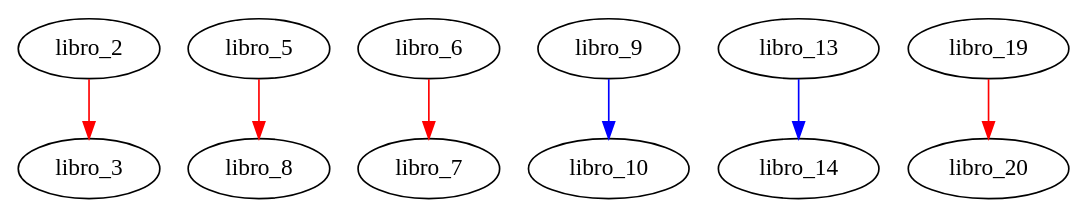
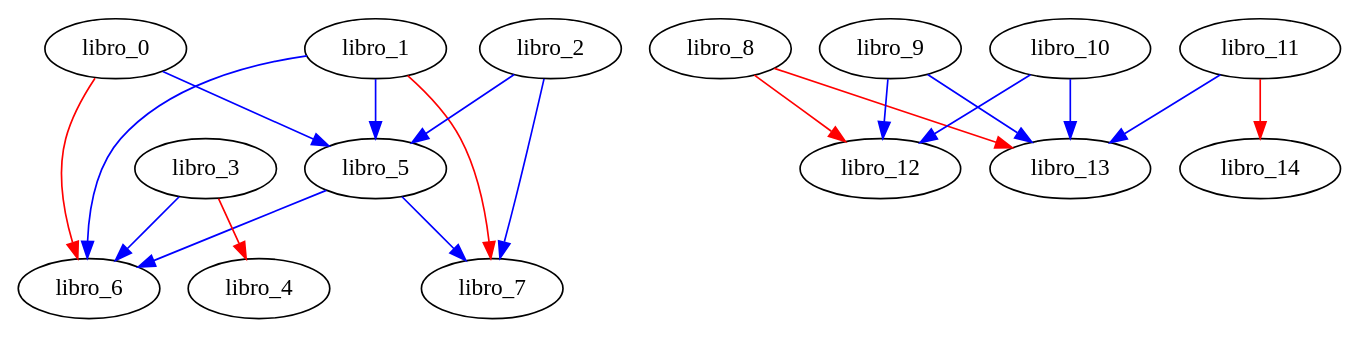
The diagram in src/Generador/graph.dot (3LVcT50r/IA-FIB-Practica3-23-24-Q1), drawn with Graphviz before and after one commit. The commit also changed 8 other files, not shown here.

```diff
--- a/src/Generador/graph.dot
+++ b/src/Generador/graph.dot
@@ -1,8 +1,21 @@
 digraph {
-  libro_2 -> libro_3 [color="red"];
-  libro_5 -> libro_8 [color="red"];
-  libro_6 -> libro_7 [color="red"];
-  libro_9 -> libro_10 [color="blue"];
-  libro_13 -> libro_14 [color="blue"];
-  libro_19 -> libro_20 [color="red"];
+  libro_0 -> libro_5 [color="blue"];
+  libro_1 -> libro_5 [color="blue"];
+  libro_2 -> libro_5 [color="blue"];
+  libro_3 -> libro_4 [color="red"];
+  libro_0 -> libro_6 [color="red"];
+  libro_1 -> libro_6 [color="blue"];
+  libro_1 -> libro_7 [color="red"];
+  libro_2 -> libro_7 [color="blue"];
+  libro_3 -> libro_6 [color="blue"];
+  libro_5 -> libro_6 [color="blue"];
+  libro_5 -> libro_7 [color="blue"];
+  libro_8 -> libro_12 [color="red"];
+  libro_8 -> libro_13 [color="red"];
+  libro_9 -> libro_12 [color="blue"];
+  libro_9 -> libro_13 [color="blue"];
+  libro_10 -> libro_12 [color="blue"];
+  libro_10 -> libro_13 [color="blue"];
+  libro_11 -> libro_13 [color="blue"];
+  libro_11 -> libro_14 [color="red"];
 }
```
